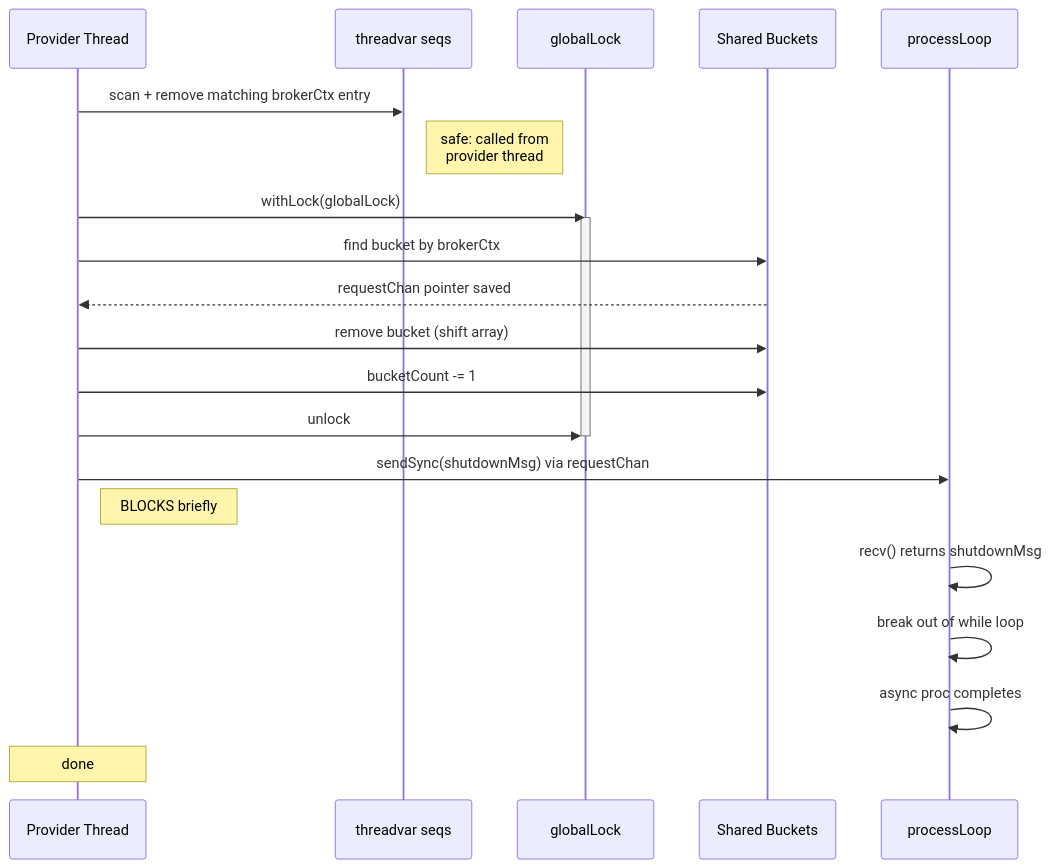
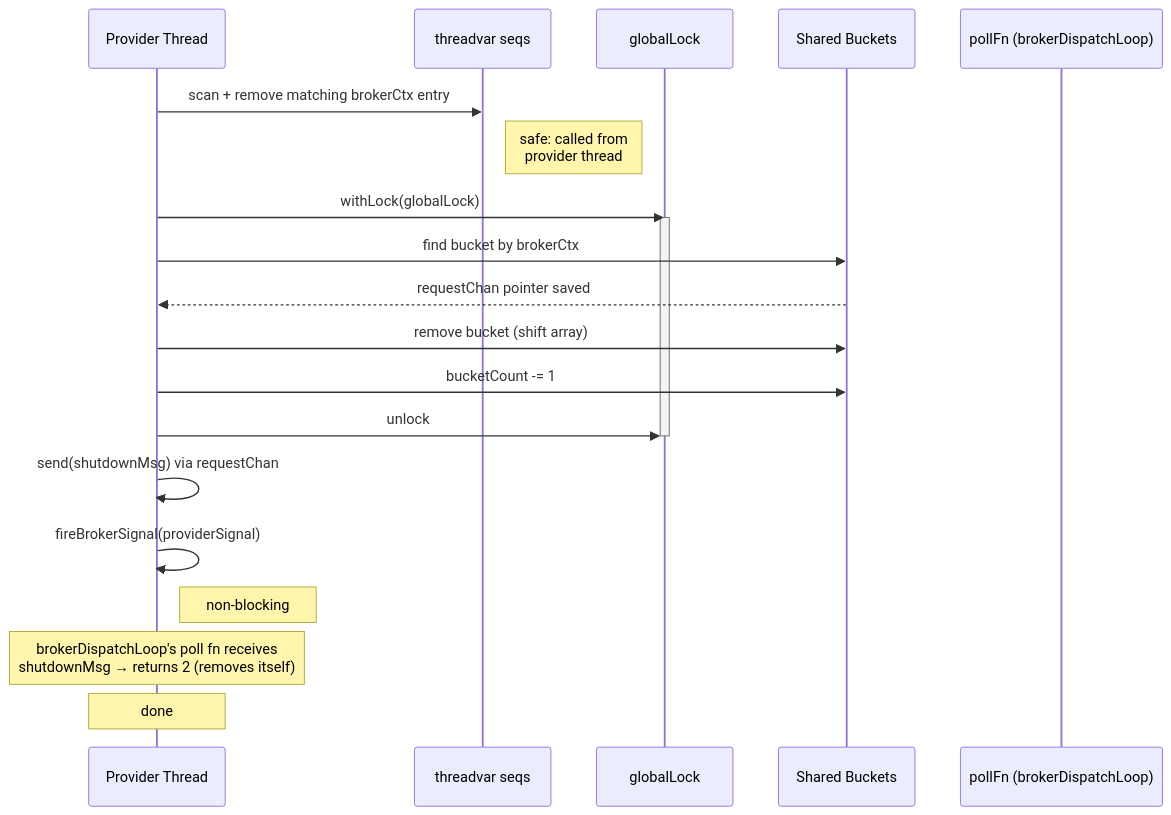
Before and after one commit to NagyZoltanPeter/nim-brokers: the fourth of 5 diagrams in doc/MultiThread_RequestBroker.md, drawn with Mermaid. The commit also changed other lines of this file and 4 other files, not shown here.

````diff
--- a/doc/MultiThread_RequestBroker.md
+++ b/doc/MultiThread_RequestBroker.md
@@ -422,29 +410,28 @@
 ```mermaid
 sequenceDiagram
     participant PT as Provider Thread
     participant TV as threadvar seqs
     participant GL as globalLock
     participant B as Shared Buckets
-    participant PL as processLoop
+    participant PL as pollFn (brokerDispatchLoop)
 
     PT ->> TV: scan + remove matching brokerCtx entry
     Note right of TV: safe: called from<br/>provider thread
 
     PT ->> GL: withLock(globalLock)
     activate GL
     PT ->> B: find bucket by brokerCtx
     B -->> PT: requestChan pointer saved
     PT ->> B: remove bucket (shift array)
     PT ->> B: bucketCount -= 1
     PT ->> GL: unlock
     deactivate GL
 
-    PT ->> PL: sendSync(shutdownMsg) via requestChan
-    Note right of PT: BLOCKS briefly
+    PT ->> PT: send(shutdownMsg) via requestChan
+    PT ->> PT: fireBrokerSignal(providerSignal)
+    Note right of PT: non-blocking
 
-    PL ->> PL: recv() returns shutdownMsg
-    PL ->> PL: break out of while loop
-    PL ->> PL: async proc completes
+    Note over PT: brokerDispatchLoop's poll fn receives<br/>shutdownMsg → returns 2 (removes itself)
 
     Note over PT: done
 ```
````
